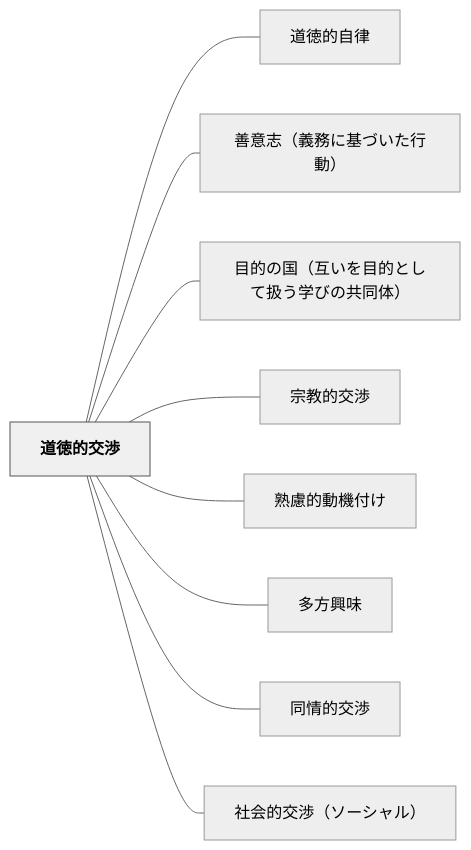
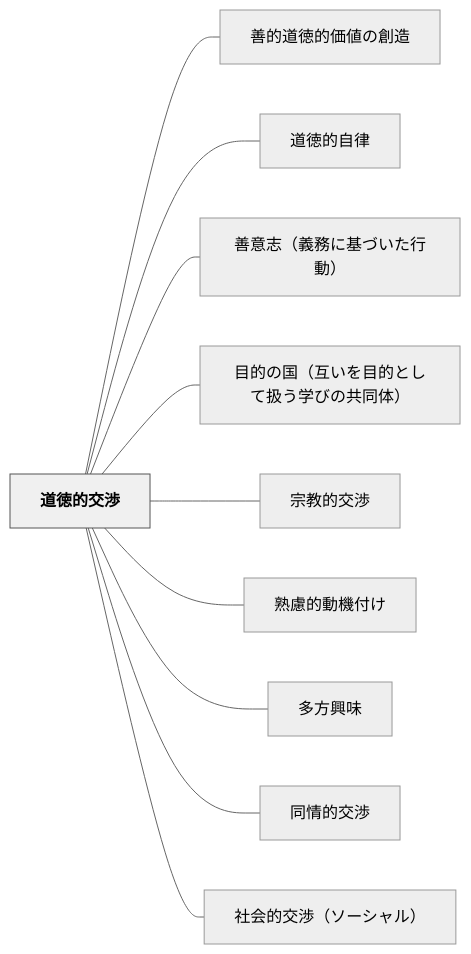
The diagram in content/パタン/道徳的交渉.md (unknownthings-ed-patterns/unknownthings-ed-patterns), drawn with Mermaid (neutral theme) before and after one commit. The commit also changed other lines of this file and 5 other files, not shown here.

````diff
--- a/content/パタン/道徳的交渉.md
+++ b/content/パタン/道徳的交渉.md
@@ -50,24 +50,26 @@
 ```mermaid
 flowchart LR
     ne98193e5beb3e79a84e4baa4e6b889["道徳的交渉"]
+    ne59684e79a84e98193e5beb3e79a84e4bea1e580a4e381aee589b5e980a0["善的道徳的価値の創造"]
     ne98193e5beb3e79a84e887aae5be8b["道徳的自律"]
     ne59684e6848fe5bf97efbc88e7bea9e58b99e381abe59fbae381a5e38184e3819fe8a18ce58b95efbc89["善意志（義務に基づいた行動）"]
     ne79baee79a84e381aee59bbdefbc88e4ba92e38184e38292e79baee79a84e381a8e38197e381a6e689b1e38186e5ada6e381b3e381aee585b1e5908ce4bd93efbc89["目的の国（互いを目的として扱う学びの共同体）"]
     ne5ae97e69599e79a84e4baa4e6b889["宗教的交渉"]
     ne7869fe685aee79a84e58b95e6a99fe4bb98e38191["熟慮的動機付け"]
     ne5a49ae696b9e88888e591b3["多方興味"]
     ne5908ce68385e79a84e4baa4e6b889["同情的交渉"]
     ne7a4bee4bc9ae79a84e4baa4e6b889efbc88e382bde383bce382b7e383a3e383abefbc89["社会的交渉（ソーシャル）"]
 
+    ne98193e5beb3e79a84e4baa4e6b889 --- ne59684e79a84e98193e5beb3e79a84e4bea1e580a4e381aee589b5e980a0
     ne98193e5beb3e79a84e4baa4e6b889 --- ne98193e5beb3e79a84e887aae5be8b
     ne98193e5beb3e79a84e4baa4e6b889 --- ne59684e6848fe5bf97efbc88e7bea9e58b99e381abe59fbae381a5e38184e3819fe8a18ce58b95efbc89
     ne98193e5beb3e79a84e4baa4e6b889 --- ne79baee79a84e381aee59bbdefbc88e4ba92e38184e38292e79baee79a84e381a8e38197e381a6e689b1e38186e5ada6e381b3e381aee585b1e5908ce4bd93efbc89
     ne98193e5beb3e79a84e4baa4e6b889 --- ne5ae97e69599e79a84e4baa4e6b889
     ne98193e5beb3e79a84e4baa4e6b889 --- ne7869fe685aee79a84e58b95e6a99fe4bb98e38191
     ne98193e5beb3e79a84e4baa4e6b889 --- ne5a49ae696b9e88888e591b3
     ne98193e5beb3e79a84e4baa4e6b889 --- ne5908ce68385e79a84e4baa4e6b889
     ne98193e5beb3e79a84e4baa4e6b889 --- ne7a4bee4bc9ae79a84e4baa4e6b889efbc88e382bde383bce382b7e383a3e383abefbc89
 
     classDef hub fill:#f0f0f0,stroke:#555,color:#000,font-weight:bold
     class ne98193e5beb3e79a84e4baa4e6b889 hub
 ```
````
